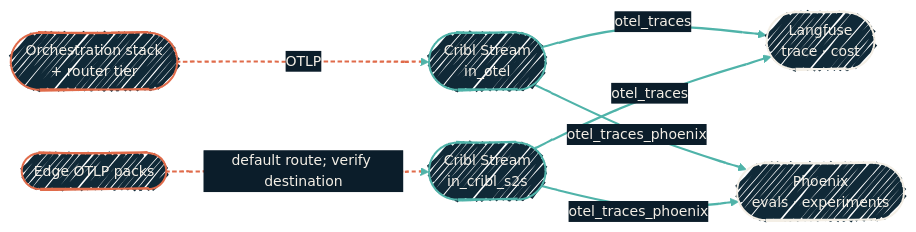
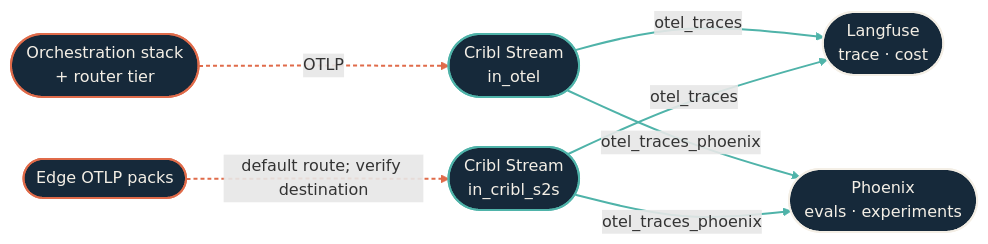
The diagram in observability/phoenix.mdx (dryvist/docs), drawn with Mermaid before and after one commit. The commit also changed other lines of this file and 116 other files, not shown here.

````diff
--- a/observability/phoenix.mdx
+++ b/observability/phoenix.mdx
@@ -71,31 +71,34 @@
 ```mermaid
-%%{init:
-  {'theme':'base','look':'handDrawn','themeVariables':{'fontFamily':'Geist','fontSize':'14px','primaryColor':'#102937','primaryTextColor':'#F4EFE6','primaryBorderColor':'#4FB3A9','lineColor':'#4FB3A9','secondaryColor':'#0B1D2A','tertiaryColor':'#1A2A38','clusterBkg':'rgba(79,179,169,0.08)','clusterBorder':'#4FB3A9'}}}%%
-  flowchart LR
+%%{init: {"theme":"base","look":"handDrawn","themeVariables":{"primaryColor":"#123a36","primaryTextColor":"#f4efe6","primaryBorderColor":"#4fb3a9","lineColor":"#4fb3a9","secondaryColor":"#0b1d2a","tertiaryColor":"#16293a","clusterBkg":"#08151f","clusterBorder":"#4fb3a9","fontFamily":"'Geist Sans', system-ui, -apple-system, BlinkMacSystemFont, 'Segoe UI', Roboto, sans-serif","fontSize":"14px"}}}%%
+flowchart LR
+  classDef src fill:#16293a,stroke:#e06b4a,stroke-width:2px,color:#f4efe6;
+  classDef ai fill:#16293a,stroke:#e06b4a,stroke-width:2px,color:#f4efe6;
+  classDef gate fill:#16293a,stroke:#e06b4a,stroke-width:2.5px,color:#f4efe6;
+  classDef hop fill:#16293a,stroke:#4fb3a9,stroke-width:2px,color:#f4efe6;
+  classDef host fill:#16293a,stroke:#4fb3a9,stroke-width:2px,color:#f4efe6;
+  classDef sink fill:#16293a,stroke:#f4efe6,stroke-width:2px,color:#f4efe6;
+  classDef auto fill:#16293a,stroke:#f4efe6,stroke-width:1.5px,color:#f4efe6;
+  classDef external fill:#16293a,stroke:#e6b35a,stroke-width:2px,color:#f4efe6;
   Apps([Orchestration stack<br/>+ router tier])
   Edge([Edge OTLP packs])
   OTel([Cribl Stream<br/>in_otel])
   S2S([Cribl Stream<br/>in_cribl_s2s])
   LF([Langfuse<br/>trace · cost])
   PX([Phoenix<br/>evals · experiments])
 
   Apps -->|OTLP| OTel
   Edge -.->|default route; verify destination| S2S
   OTel -->|otel_traces| LF
   OTel -->|otel_traces_phoenix| PX
   S2S -->|otel_traces| LF
   S2S -->|otel_traces_phoenix| PX
 
-  classDef ai   fill:#102937,stroke:#E06B4A,stroke-width:2px,color:#F4EFE6;
-  classDef hop  fill:#102937,stroke:#4FB3A9,stroke-width:2px,color:#F4EFE6;
-  classDef sink fill:#102937,stroke:#F4EFE6,stroke-width:2px,color:#F4EFE6;
-
   class Apps,Edge ai
   class OTel,S2S hop
   class LF,PX sink
 
   click LF "/observability/llm-observability" "Langfuse and the OTLP path"
 
   linkStyle 0,1 stroke:#E06B4A,stroke-width:2px,stroke-dasharray:4 3;
   linkStyle 2,3,4,5 stroke:#4FB3A9,stroke-width:2px;
 ```
````
